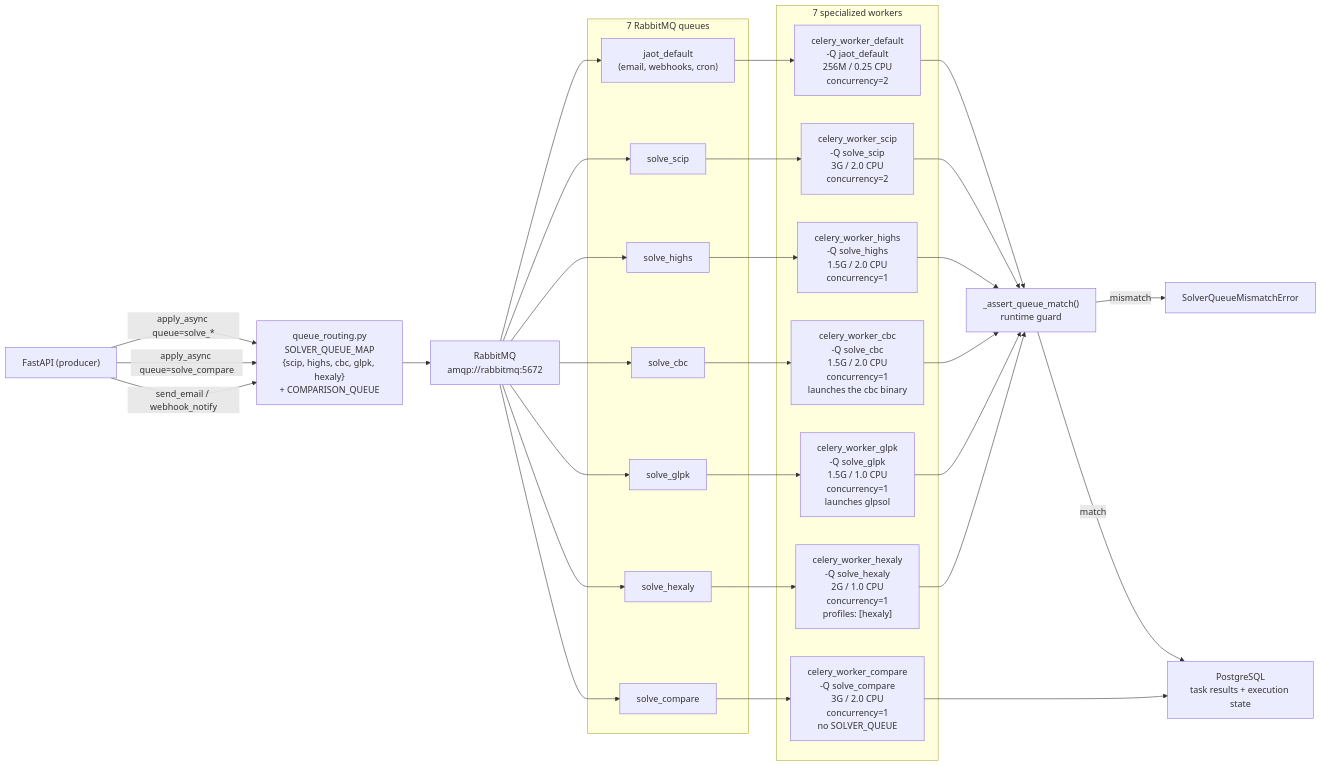
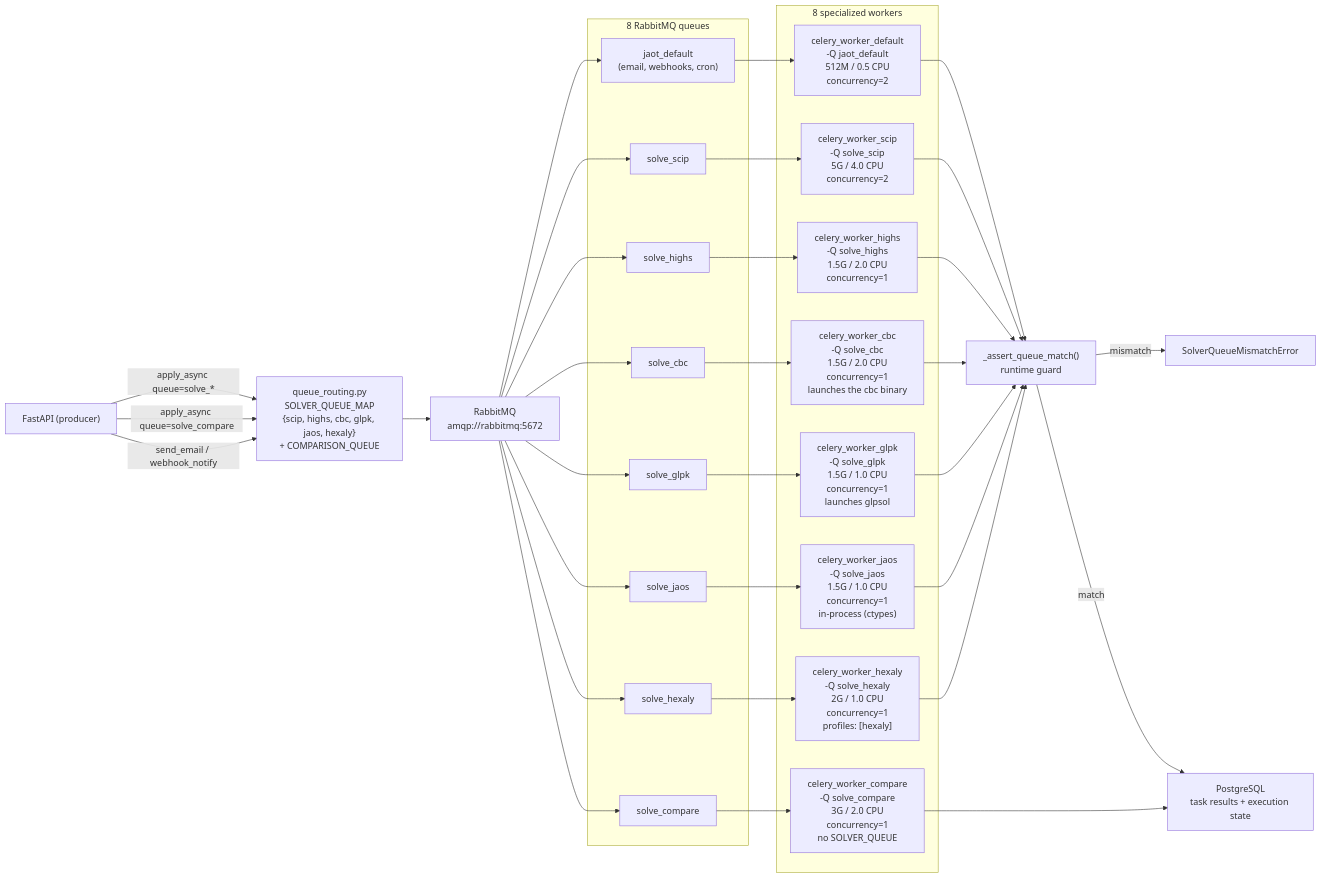
One commit to avallavall/jaot changed the diagram in docs/ARCHITECTURE/05-infrastructure/05-celery-queue-workers.md. Above: the diagram before and after it, drawn with Mermaid. The commit also changed other lines of this file and 57 other files, not shown here.

````diff
--- a/docs/ARCHITECTURE/05-infrastructure/05-celery-queue-workers.md
+++ b/docs/ARCHITECTURE/05-infrastructure/05-celery-queue-workers.md
@@ -7,65 +7,70 @@
 ```mermaid
 graph LR
     API["FastAPI (producer)"]
 
-    Router["queue_routing.py<br/>SOLVER_QUEUE_MAP<br/>{scip, highs, cbc, glpk, hexaly}<br/>+ COMPARISON_QUEUE"]
+    Router["queue_routing.py<br/>SOLVER_QUEUE_MAP<br/>{scip, highs, cbc, glpk, jaos, hexaly}<br/>+ COMPARISON_QUEUE"]
 
     Broker["RabbitMQ<br/>amqp://rabbitmq:5672"]
 
-    subgraph Queues["7 RabbitMQ queues"]
+    subgraph Queues["8 RabbitMQ queues"]
         DefaultQ["jaot_default<br/>(email, webhooks, cron)"]
         ScipQ["solve_scip"]
         HighsQ["solve_highs"]
         CbcQ["solve_cbc"]
         GlpkQ["solve_glpk"]
+        JaosQ["solve_jaos"]
         HexalyQ["solve_hexaly"]
         CompareQ["solve_compare"]
     end
 
-    subgraph Workers["7 specialized workers"]
-        DefaultW["celery_worker_default<br/>-Q jaot_default<br/>256M / 0.25 CPU<br/>concurrency=2"]
-        ScipW["celery_worker_scip<br/>-Q solve_scip<br/>3G / 2.0 CPU<br/>concurrency=2"]
+    subgraph Workers["8 specialized workers"]
+        DefaultW["celery_worker_default<br/>-Q jaot_default<br/>512M / 0.5 CPU<br/>concurrency=2"]
+        ScipW["celery_worker_scip<br/>-Q solve_scip<br/>5G / 4.0 CPU<br/>concurrency=2"]
         HighsW["celery_worker_highs<br/>-Q solve_highs<br/>1.5G / 2.0 CPU<br/>concurrency=1"]
         CbcW["celery_worker_cbc<br/>-Q solve_cbc<br/>1.5G / 2.0 CPU<br/>concurrency=1<br/>launches the cbc binary"]
         GlpkW["celery_worker_glpk<br/>-Q solve_glpk<br/>1.5G / 1.0 CPU<br/>concurrency=1<br/>launches glpsol"]
+        JaosW["celery_worker_jaos<br/>-Q solve_jaos<br/>1.5G / 1.0 CPU<br/>concurrency=1<br/>in-process (ctypes)"]
         HexalyW["celery_worker_hexaly<br/>-Q solve_hexaly<br/>2G / 1.0 CPU<br/>concurrency=1<br/>profiles: [hexaly]"]
         CompareW["celery_worker_compare<br/>-Q solve_compare<br/>3G / 2.0 CPU<br/>concurrency=1<br/>no SOLVER_QUEUE"]
     end
 
     Guard["_assert_queue_match()<br/>runtime guard"]
 
     DB["PostgreSQL<br/>task results + execution state"]
     Mismatch["SolverQueueMismatchError"]
 
     API -->|apply_async queue=solve_*| Router
     API -->|apply_async queue=solve_compare| Router
     API -->|send_email / webhook_notify| Router
     Router --> Broker
 
     Broker --> DefaultQ
     Broker --> ScipQ
     Broker --> HighsQ
     Broker --> CbcQ
     Broker --> GlpkQ
+    Broker --> JaosQ
     Broker --> HexalyQ
     Broker --> CompareQ
 
     DefaultQ --> DefaultW
     ScipQ --> ScipW
     HighsQ --> HighsW
     CbcQ --> CbcW
     GlpkQ --> GlpkW
+    JaosQ --> JaosW
     HexalyQ --> HexalyW
     CompareQ --> CompareW
 
     DefaultW --> Guard
     ScipW --> Guard
     HighsW --> Guard
     CbcW --> Guard
     GlpkW --> Guard
+    JaosW --> Guard
     HexalyW --> Guard
 
     Guard -->|mismatch| Mismatch
     Guard -->|match| DB
     CompareW --> DB
 ```
````
